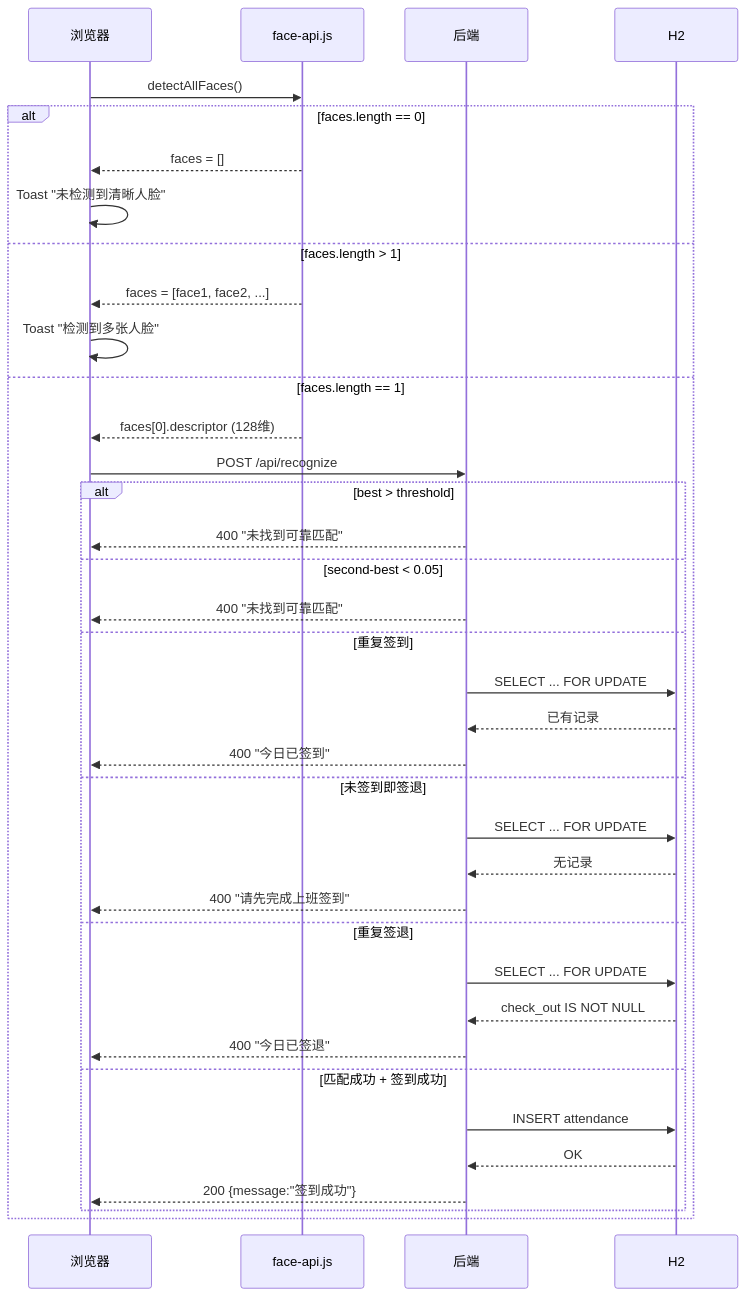
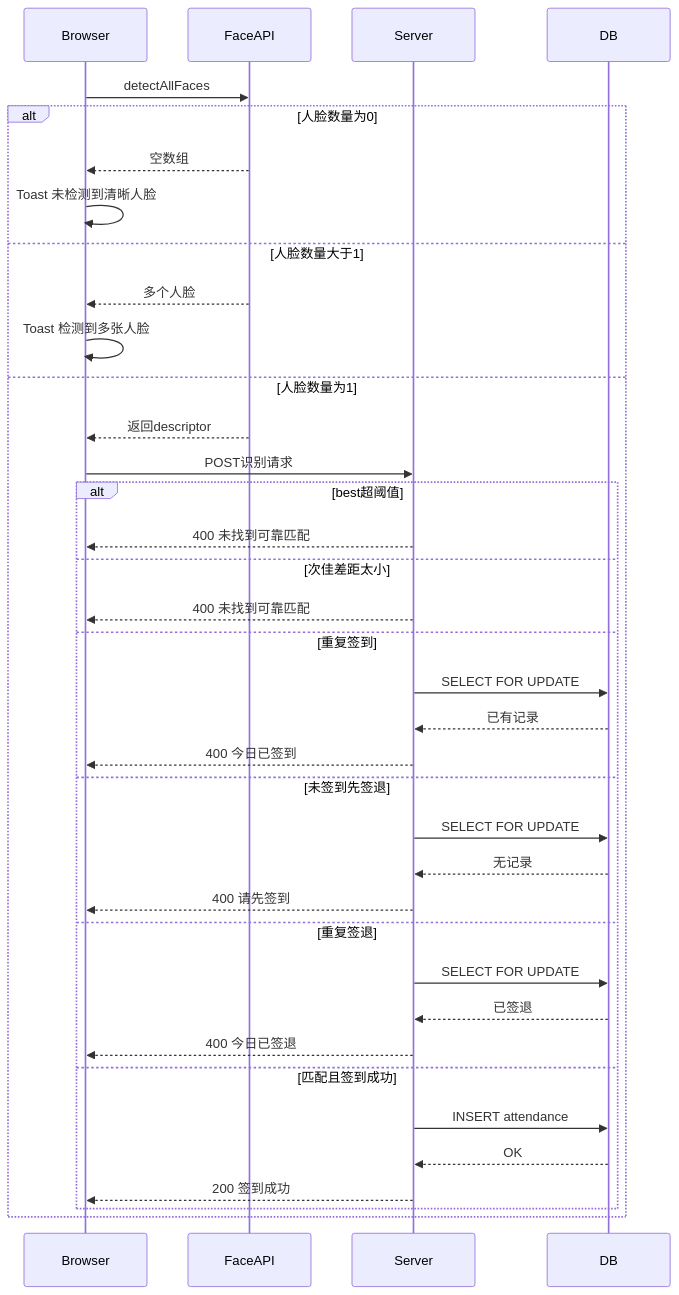
The third of 8 diagrams in docs/modeling/03-行为建模.md (ComingYU/attendance_management), drawn with Mermaid before and after one commit. The commit also changed other lines of this file and 2 other files, not shown here.

Commit message:
建模图片语法修改

````diff
--- a/docs/modeling/03-行为建模.md
+++ b/docs/modeling/03-行为建模.md
@@ -162,42 +111,42 @@
 ```mermaid
 sequenceDiagram
-    participant Browser as 浏览器
-    participant FaceAPI as face-api.js
-    participant Server as 后端
-    participant DB as H2
+    participant Browser
+    participant FaceAPI
+    participant Server
+    participant DB
 
-    Browser->>FaceAPI: detectAllFaces()
+    Browser->>FaceAPI: detectAllFaces
 
-    alt faces.length == 0
-        FaceAPI-->>Browser: faces = []
-        Browser->>Browser: Toast "未检测到清晰人脸"
-    else faces.length > 1
-        FaceAPI-->>Browser: faces = [face1, face2, ...]
-        Browser->>Browser: Toast "检测到多张人脸"
-    else faces.length == 1
-        FaceAPI-->>Browser: faces[0].descriptor (128维)
-        Browser->>Server: POST /api/recognize
+    alt 人脸数量为0
+        FaceAPI-->>Browser: 空数组
+        Browser->>Browser: Toast 未检测到清晰人脸
+    else 人脸数量大于1
+        FaceAPI-->>Browser: 多个人脸
+        Browser->>Browser: Toast 检测到多张人脸
+    else 人脸数量为1
+        FaceAPI-->>Browser: 返回descriptor
+        Browser->>Server: POST识别请求
 
-        alt best > threshold
-            Server-->>Browser: 400 "未找到可靠匹配"
-        else second-best < 0.05
-            Server-->>Browser: 400 "未找到可靠匹配"
+        alt best超阈值
+            Server-->>Browser: 400 未找到可靠匹配
+        else 次佳差距太小
+            Server-->>Browser: 400 未找到可靠匹配
         else 重复签到
-            Server->>DB: SELECT ... FOR UPDATE
+            Server->>DB: SELECT FOR UPDATE
             DB-->>Server: 已有记录
-            Server-->>Browser: 400 "今日已签到"
-        else 未签到即签退
-            Server->>DB: SELECT ... FOR UPDATE
+            Server-->>Browser: 400 今日已签到
+        else 未签到先签退
+            Server->>DB: SELECT FOR UPDATE
             DB-->>Server: 无记录
-            Server-->>Browser: 400 "请先完成上班签到"
+            Server-->>Browser: 400 请先签到
         else 重复签退
-            Server->>DB: SELECT ... FOR UPDATE
-            DB-->>Server: check_out IS NOT NULL
-            Server-->>Browser: 400 "今日已签退"
-        else 匹配成功 + 签到成功
+            Server->>DB: SELECT FOR UPDATE
+            DB-->>Server: 已签退
+            Server-->>Browser: 400 今日已签退
+        else 匹配且签到成功
             Server->>DB: INSERT attendance
             DB-->>Server: OK
-            Server-->>Browser: 200 {message:"签到成功"}
+            Server-->>Browser: 200 签到成功
         end
     end
 ```
````
